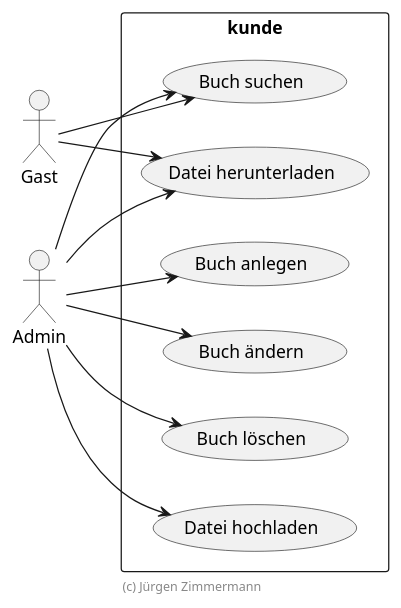
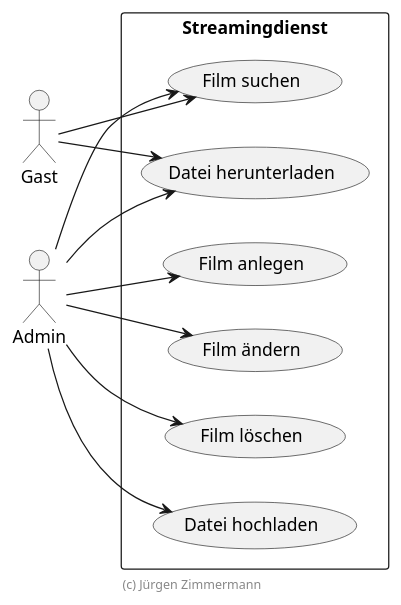
One commit to tanermemili/ss21_swe_grp5_abgabe1-1 changed the diagram in doc/entwicklerhandbuch/use-cases.puml. Above: the diagram before and after it, drawn with PlantUML. The commit also changed 25 other files, not shown here.

```diff
--- a/doc/entwicklerhandbuch/use-cases.puml
+++ b/doc/entwicklerhandbuch/use-cases.puml
@@ -15,24 +15,24 @@
 @startuml Use Cases
 
 left to right direction
 skinparam packageStyle rect
 skinparam componentStyle uml2
 
 actor Gast
 actor Admin
 
 'TODO: An Domäne anpassen
-rectangle kunde {
-    Gast --> (Buch suchen)
+rectangle Streamingdienst {
+    Gast --> (Film suchen)
     Gast --> (Datei herunterladen)
-    Admin --> (Buch suchen)
-    Admin --> (Buch anlegen)
-    Admin --> (Buch ändern)
-    Admin --> (Buch löschen)
+    Admin --> (Film suchen)
+    Admin --> (Film anlegen)
+    Admin --> (Film ändern)
+    Admin --> (Film löschen)
     Admin --> (Datei hochladen)
     Admin --> (Datei herunterladen)
 }
 
 footer (c) Jürgen Zimmermann
 
 @enduml
```
